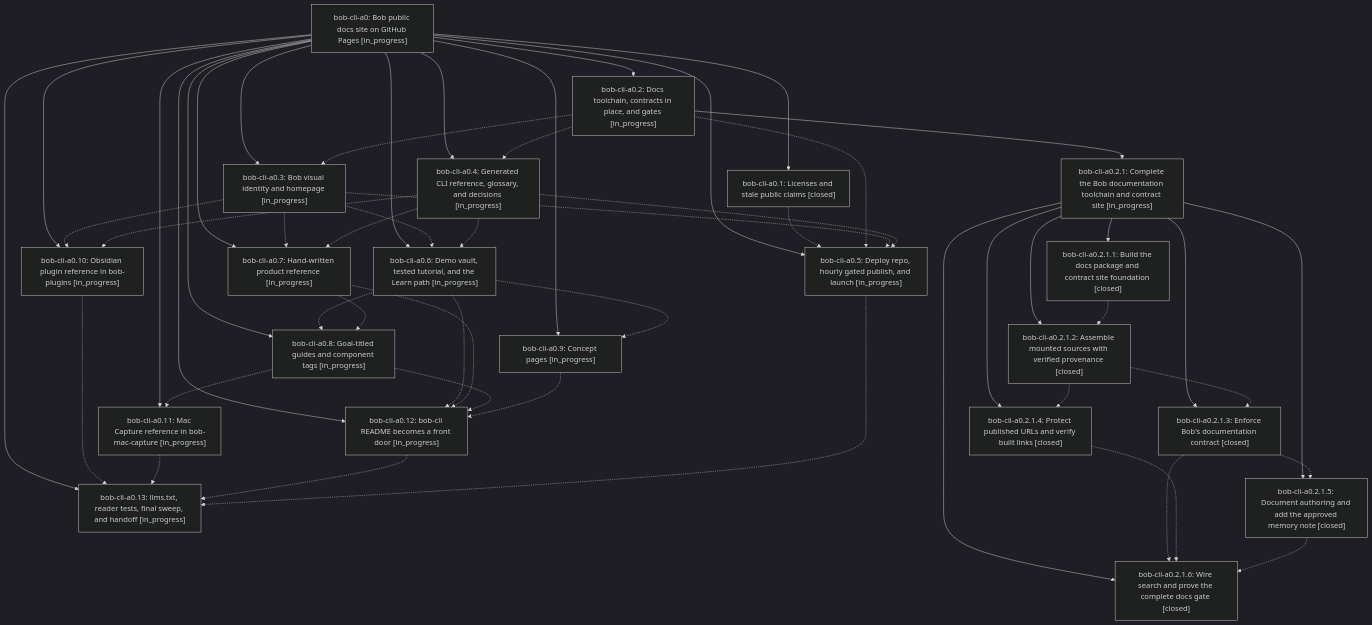
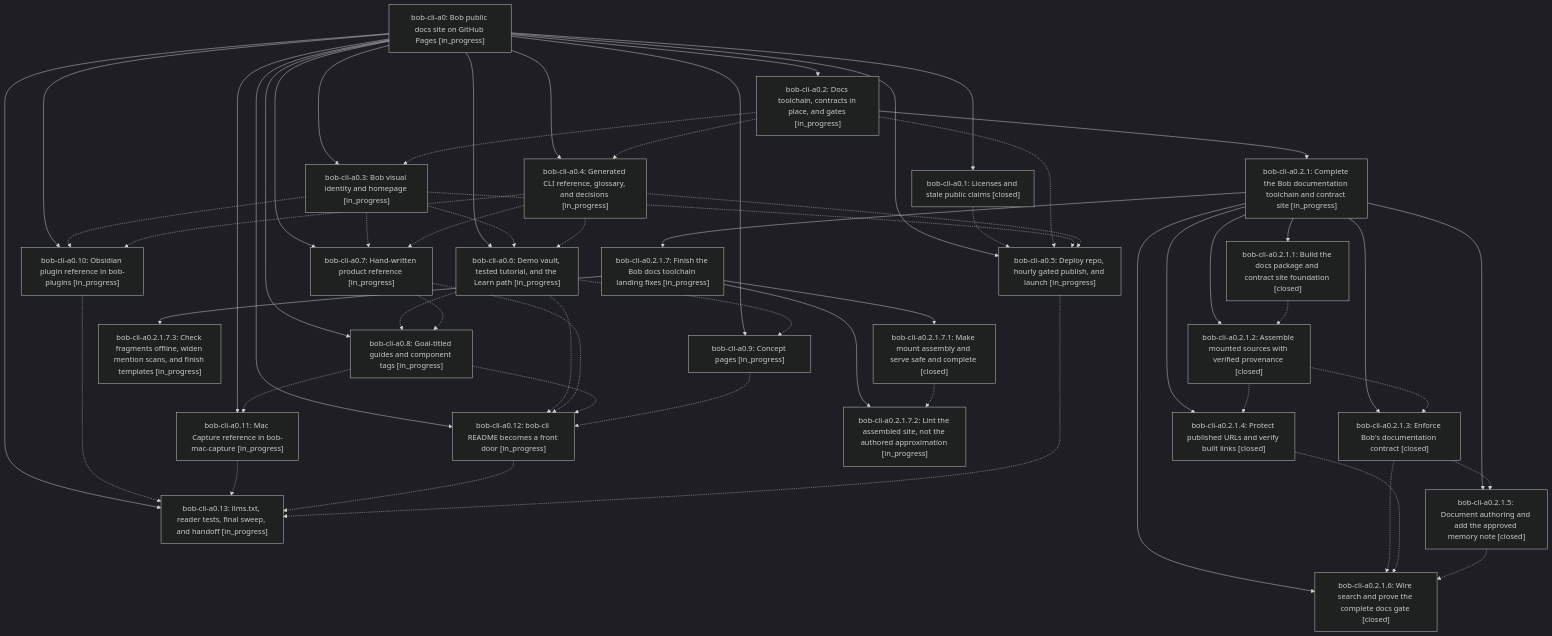
One commit to bobs-org/bob-cli--beads changed the diagram in pages/bob-cli-a0/README.md. Above: the diagram before and after it, drawn with Mermaid (dark theme). The commit also changed other lines of this file and 7 other files, not shown here.

First line of the commit message:
chore(beads): sync bead state and pages for bob-cli-a0

````diff
--- a/pages/bob-cli-a0/README.md
+++ b/pages/bob-cli-a0/README.md
@@ -59,13 +63,17 @@
     n11["bob-cli-a0.2.1.4: Protect published URLs and verify built links [closed]"]
     n12["bob-cli-a0.2.1.5: Document authoring and add the approved memory note [closed]"]
     n13["bob-cli-a0.2.1.6: Wire search and prove the complete docs gate [closed]"]
-    n14["bob-cli-a0.3: Bob visual identity and homepage [in_progress]"]
-    n15["bob-cli-a0.4: Generated CLI reference, glossary, and decisions [in_progress]"]
-    n16["bob-cli-a0.5: Deploy repo, hourly gated publish, and launch [in_progress]"]
-    n17["bob-cli-a0.6: Demo vault, tested tutorial, and the Learn path [in_progress]"]
-    n18["bob-cli-a0.7: Hand-written product reference [in_progress]"]
-    n19["bob-cli-a0.8: Goal-titled guides and component tags [in_progress]"]
-    n20["bob-cli-a0.9: Concept pages [in_progress]"]
+    n14["bob-cli-a0.2.1.7: Finish the Bob docs toolchain landing fixes [in_progress]"]
+    n15["bob-cli-a0.2.1.7.1: Make mount assembly and serve safe and complete [closed]"]
+    n16["bob-cli-a0.2.1.7.2: Lint the assembled site, not the authored approximation [in_progress]"]
+    n17["bob-cli-a0.2.1.7.3: Check fragments offline, widen mention scans, and finish templates [in_progress]"]
+    n18["bob-cli-a0.3: Bob visual identity and homepage [in_progress]"]
+    n19["bob-cli-a0.4: Generated CLI reference, glossary, and decisions [in_progress]"]
+    n20["bob-cli-a0.5: Deploy repo, hourly gated publish, and launch [in_progress]"]
+    n21["bob-cli-a0.6: Demo vault, tested tutorial, and the Learn path [in_progress]"]
+    n22["bob-cli-a0.7: Hand-written product reference [in_progress]"]
+    n23["bob-cli-a0.8: Goal-titled guides and component tags [in_progress]"]
+    n24["bob-cli-a0.9: Concept pages [in_progress]"]
     n0 --> n1
     n0 --> n2
     n0 --> n3
@@ -79,20 +87,24 @@
     n7 --> n11
     n7 --> n12
     n7 --> n13
-    n0 --> n14
-    n0 --> n15
-    n0 --> n16
-    n0 --> n17
+    n7 --> n14
+    n14 --> n15
+    n14 --> n16
+    n14 --> n17
     n0 --> n18
     n0 --> n19
     n0 --> n20
-    n1 -.-> n16
+    n0 --> n21
+    n0 --> n22
+    n0 --> n23
+    n0 --> n24
+    n1 -.-> n20
     n2 -.-> n5
     n3 -.-> n5
     n4 -.-> n5
-    n6 -.-> n14
-    n6 -.-> n15
-    n6 -.-> n16
+    n6 -.-> n18
+    n6 -.-> n19
+    n6 -.-> n20
     n8 -.-> n9
     n9 -.-> n10
     n9 -.-> n11
@@ -100,21 +112,22 @@
     n10 -.-> n13
     n11 -.-> n13
     n12 -.-> n13
-    n14 -.-> n2
-    n14 -.-> n16
-    n14 -.-> n17
-    n14 -.-> n18
-    n15 -.-> n2
     n15 -.-> n16
-    n15 -.-> n17
-    n15 -.-> n18
-    n16 -.-> n5
-    n17 -.-> n4
-    n17 -.-> n19
-    n17 -.-> n20
-    n18 -.-> n4
-    n18 -.-> n19
-    n19 -.-> n3
-    n19 -.-> n4
-    n20 -.-> n4
+    n18 -.-> n2
+    n18 -.-> n20
+    n18 -.-> n21
+    n18 -.-> n22
+    n19 -.-> n2
+    n19 -.-> n20
+    n19 -.-> n21
+    n19 -.-> n22
+    n20 -.-> n5
+    n21 -.-> n4
+    n21 -.-> n23
+    n21 -.-> n24
+    n22 -.-> n4
+    n22 -.-> n23
+    n23 -.-> n3
+    n23 -.-> n4
+    n24 -.-> n4
 ```
````
